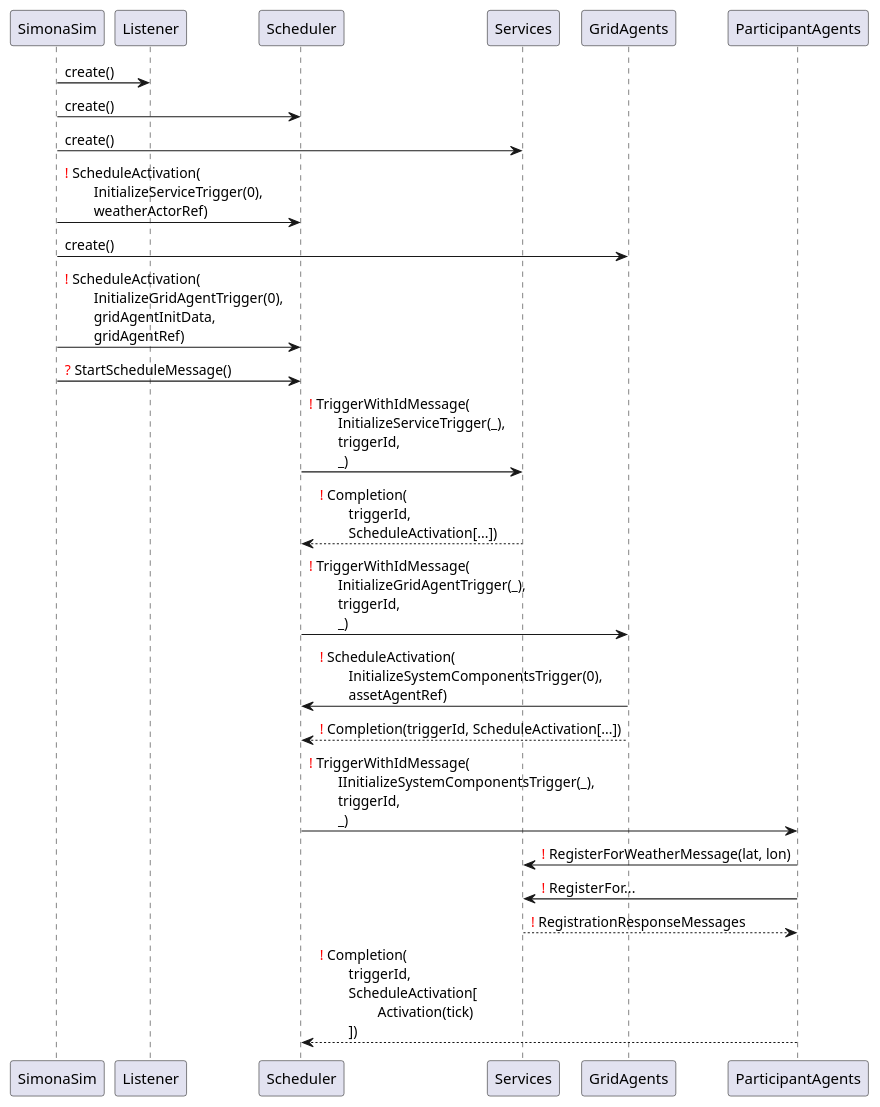
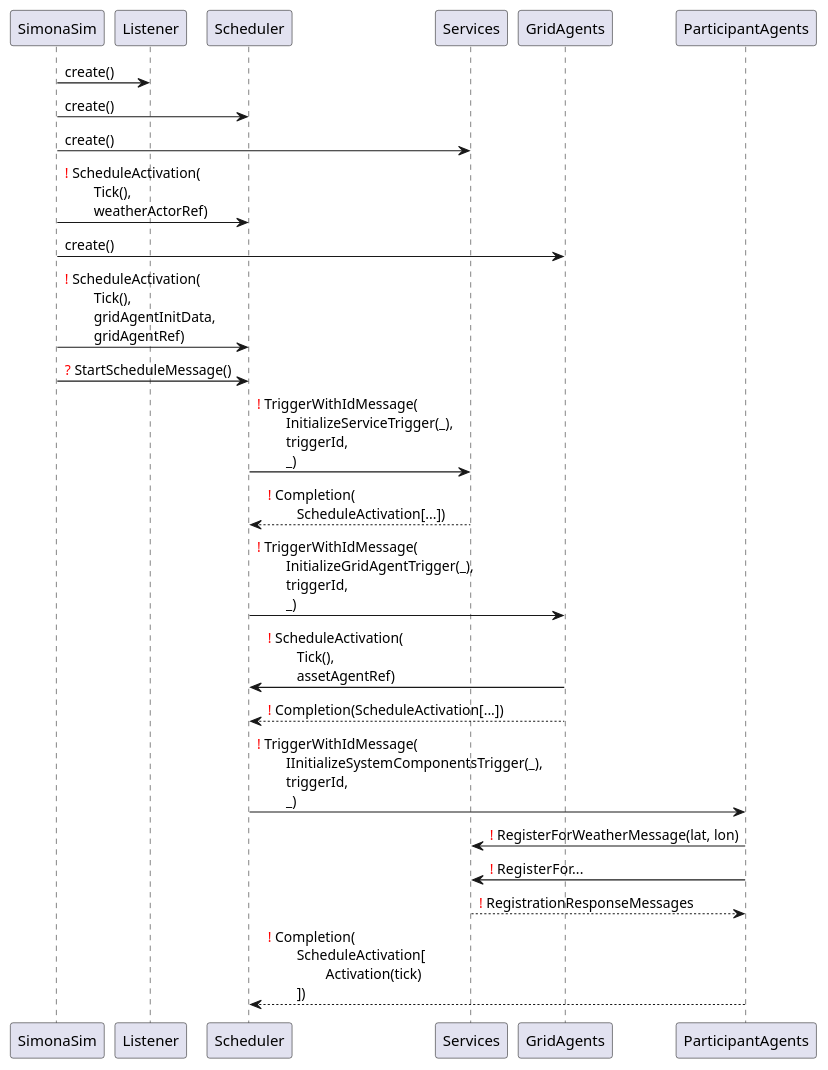
The diagram in docs/uml/protocol/InitializationPhase.puml (ie3-institute/simona), drawn with PlantUML before and after one commit.

Commit message:
Removed Triggers from ScheduleActivation and triggerID from Completion

```diff
--- a/docs/uml/protocol/InitializationPhase.puml
+++ b/docs/uml/protocol/InitializationPhase.puml
@@ -1,19 +1,19 @@
 @startuml
 SimonaSim -> Listener: create()
 SimonaSim -> Scheduler: create()
 SimonaSim -> Services: create()
-SimonaSim -> Scheduler: <font color=red>!</font> ScheduleActivation(\n\tInitializeServiceTrigger(0),\n\tweatherActorRef)
+SimonaSim -> Scheduler: <font color=red>!</font> ScheduleActivation(\n\tTick(),\n\tweatherActorRef)
 SimonaSim -> GridAgents: create()
-SimonaSim -> Scheduler: <font color=red>!</font> ScheduleActivation(\n\tInitializeGridAgentTrigger(0),\n\tgridAgentInitData,\n\tgridAgentRef)
+SimonaSim -> Scheduler: <font color=red>!</font> ScheduleActivation(\n\tTick(),\n\tgridAgentInitData,\n\tgridAgentRef)
 SimonaSim -> Scheduler: <font color=red>?</font> StartScheduleMessage()
 Scheduler -> Services: <font color=red>!</font> TriggerWithIdMessage(\n\tInitializeServiceTrigger(_),\n\ttriggerId,\n\t_)
-Services --> Scheduler: <font color=red>!</font> Completion(\n\ttriggerId,\n\tScheduleActivation[...])
+Services --> Scheduler: <font color=red>!</font> Completion(\n\tScheduleActivation[...])
 Scheduler -> GridAgents: <font color=red>!</font> TriggerWithIdMessage(\n\tInitializeGridAgentTrigger(_),\n\ttriggerId,\n\t_)
-GridAgents -> Scheduler: <font color=red>!</font> ScheduleActivation(\n\tInitializeSystemComponentsTrigger(0),\n\tassetAgentRef)
-GridAgents --> Scheduler: <font color=red>!</font> Completion(triggerId, ScheduleActivation[...])
+GridAgents -> Scheduler: <font color=red>!</font> ScheduleActivation(\n\tTick(),\n\tassetAgentRef)
+GridAgents --> Scheduler: <font color=red>!</font> Completion(ScheduleActivation[...])
 Scheduler -> ParticipantAgents: <font color=red>!</font> TriggerWithIdMessage(\n\tIInitializeSystemComponentsTrigger(_),\n\ttriggerId,\n\t_)
 ParticipantAgents -> Services: <font color=red>!</font> RegisterForWeatherMessage(lat, lon)
 ParticipantAgents -> Services: <font color=red>!</font> RegisterFor...
 Services --> ParticipantAgents: <font color=red>!</font> RegistrationResponseMessages
-ParticipantAgents --> Scheduler: <font color=red>!</font> Completion(\n\ttriggerId,\n\tScheduleActivation[\n\t\tActivation(tick)\n\t])
+ParticipantAgents --> Scheduler: <font color=red>!</font> Completion(\n\tScheduleActivation[\n\t\tActivation(tick)\n\t])
 @enduml
```
